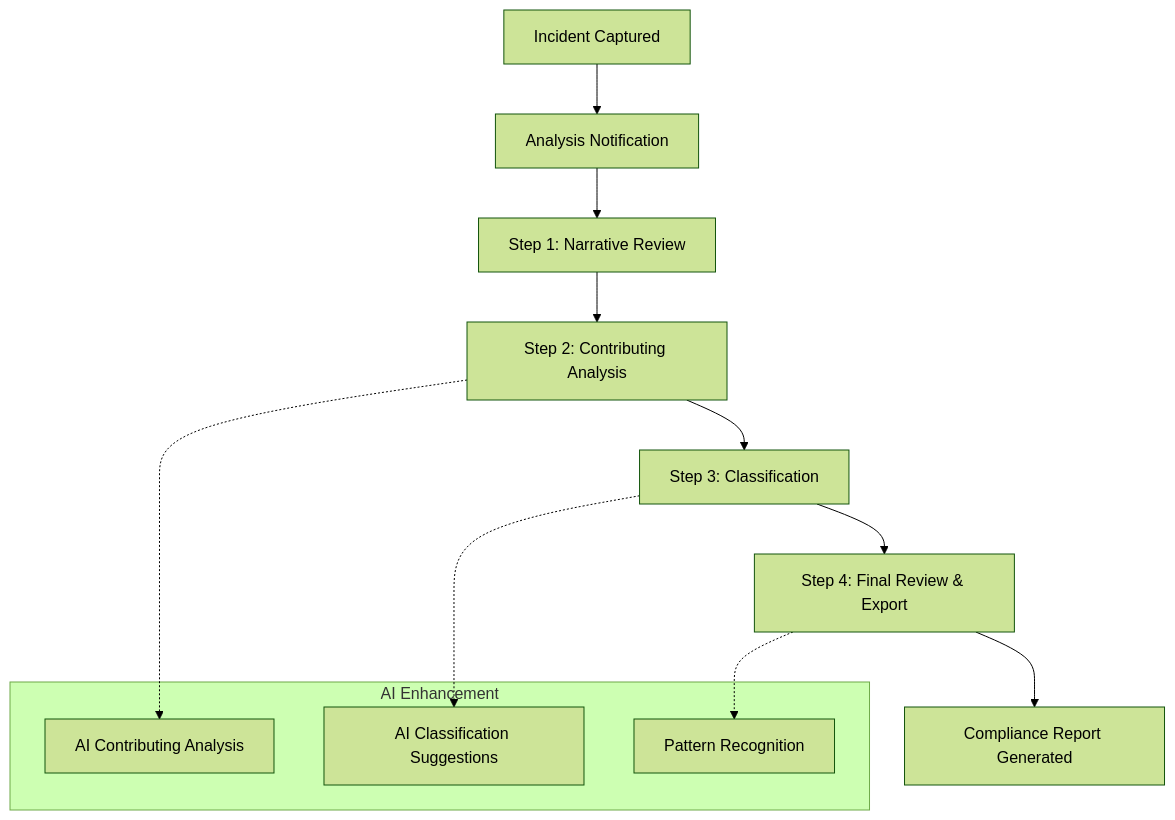
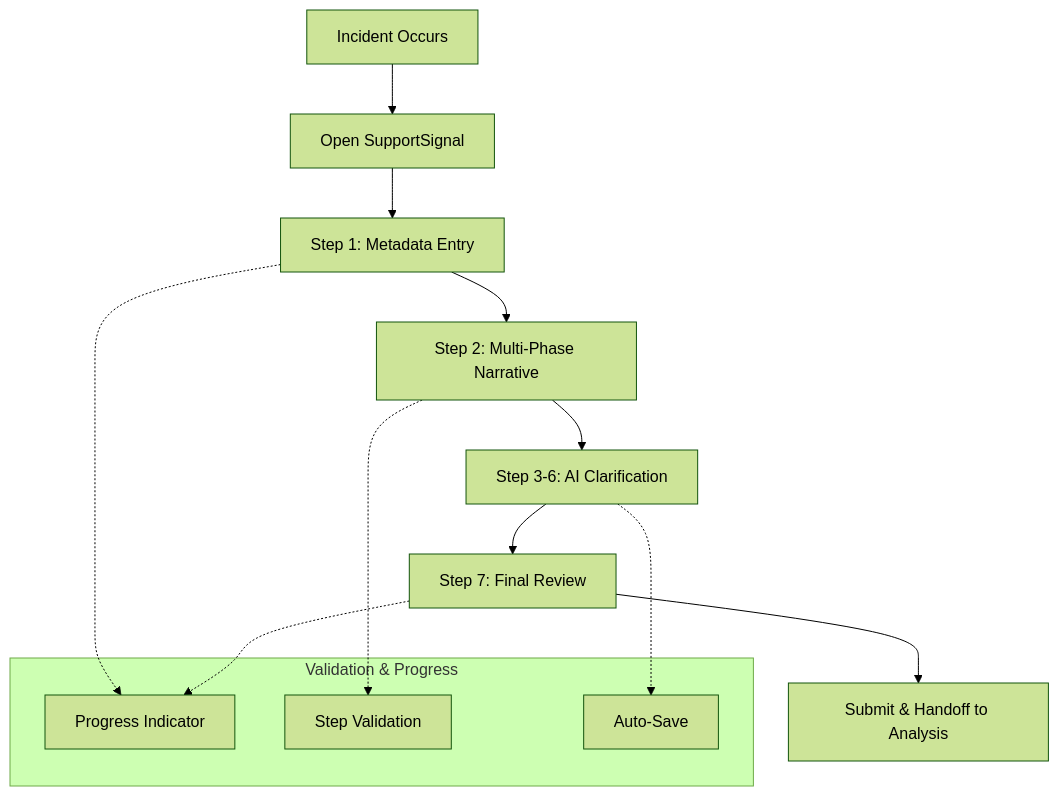
One commit to SupportSignal/app.supportsignal.com.au changed the diagram in docs/prd/epic-3.md. Above: the diagram before and after it, drawn with Mermaid (forest theme). The commit also changed other lines of this file and 3 other files, not shown here.

````diff
--- a/docs/prd/epic-3.md
+++ b/docs/prd/epic-3.md
@@ -34,19 +37,20 @@
 ```mermaid
 graph TD
-    A[Incident Captured] --> B[Analysis Notification]
-    B --> C[Step 1: Narrative Review]
-    C --> D[Step 2: Contributing Analysis]
-    D --> E[Step 3: Classification]
-    E --> F[Step 4: Final Review & Export]
-    F --> G[Compliance Report Generated]
+    A[Incident Occurs] --> B[Open SupportSignal]
+    B --> C[Step 1: Metadata Entry]
+    C --> D[Step 2: Multi-Phase Narrative]
+    D --> E[Step 3-6: AI Clarification]
+    E --> F[Step 7: Final Review]
+    F --> G[Submit & Handoff to Analysis]
     
-    subgraph "AI Enhancement"
-        H[AI Contributing Analysis]
-        I[AI Classification Suggestions]
-        J[Pattern Recognition]
+    subgraph "Validation & Progress"
+        H[Progress Indicator]
+        I[Step Validation]
+        J[Auto-Save]
     end
     
-    D -.-> H
-    E -.-> I
-    F -.-> J
+    C -.-> H
+    D -.-> I
+    E -.-> J
+    F -.-> H
 ```
````
